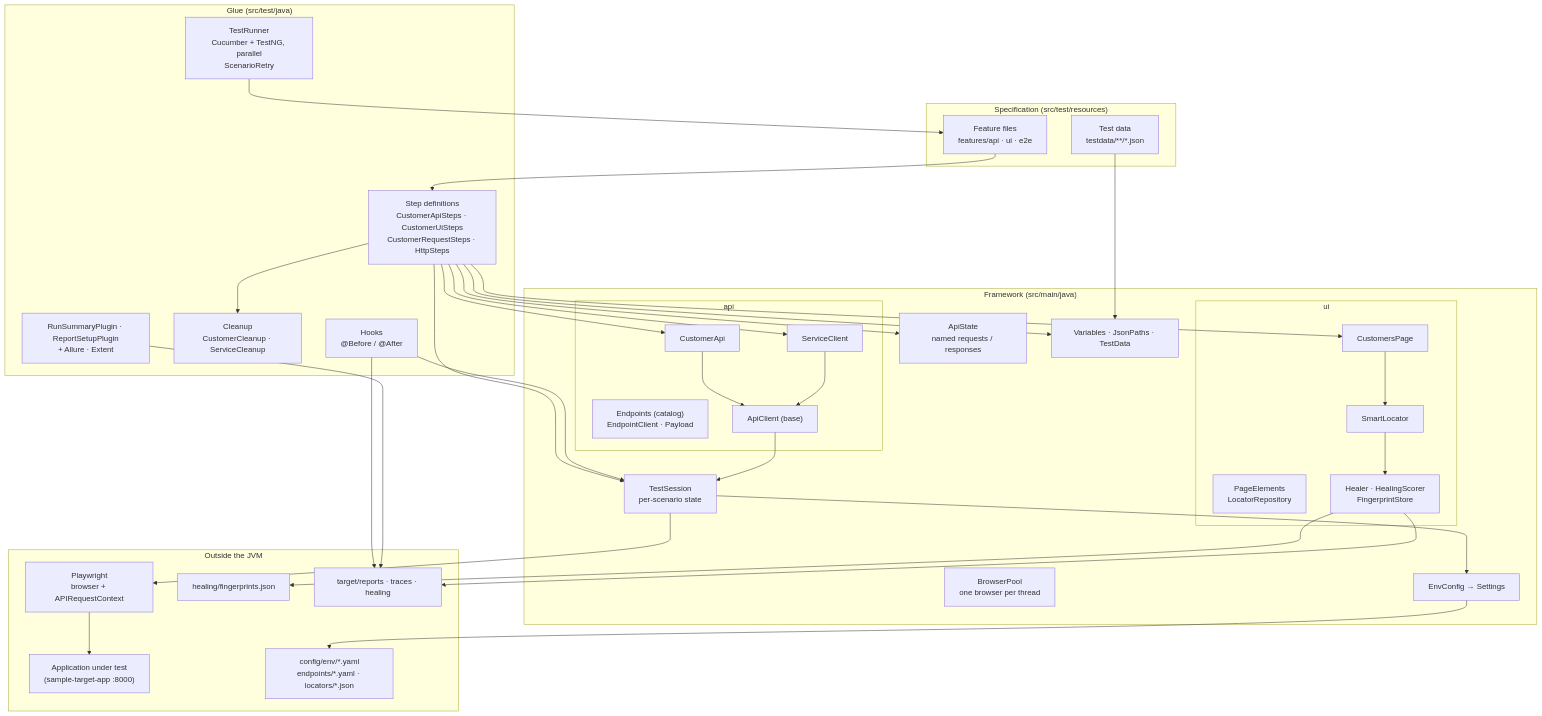
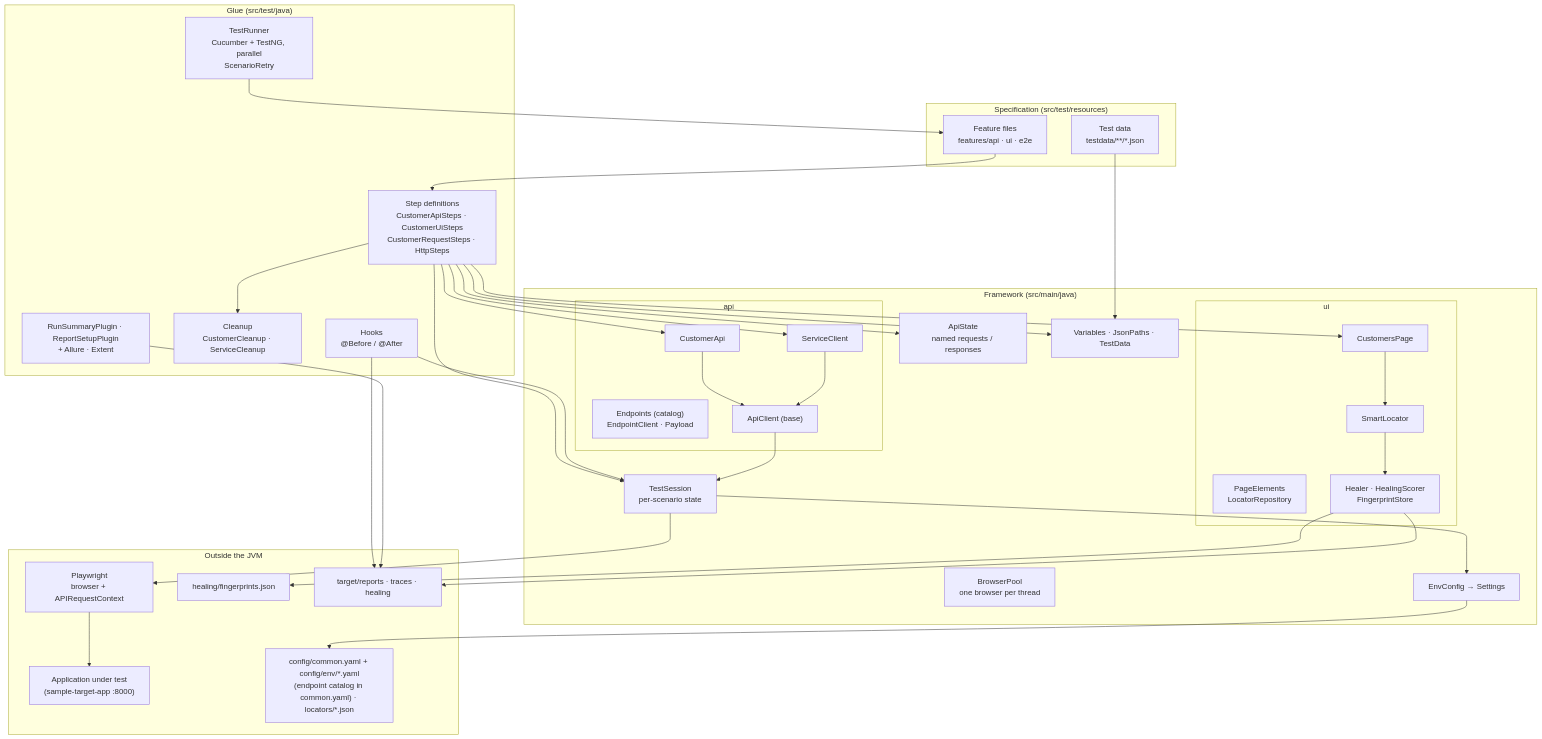
One commit to JayeshKumud/agentic-qa-java changed the first of 7 diagrams in docs/architecture.md. Above: the diagram before and after it, drawn with Mermaid. The commit also changed other lines of this file and 52 other files, not shown here.

````diff
--- a/docs/architecture.md
+++ b/docs/architecture.md
@@ -23,58 +23,58 @@
 ```mermaid
 flowchart TB
     subgraph Spec["Specification (src/test/resources)"]
         F["Feature files<br/>features/api · ui · e2e"]
         TD["Test data<br/>testdata/**/*.json"]
     end
 
     subgraph Glue["Glue (src/test/java)"]
         R["TestRunner<br/>Cucumber + TestNG, parallel<br/>ScenarioRetry"]
         H["Hooks<br/>@Before / @After"]
         ST["Step definitions<br/>CustomerApiSteps · CustomerUiSteps<br/>CustomerRequestSteps · HttpSteps"]
         CL["Cleanup<br/>CustomerCleanup · ServiceCleanup"]
         RP["RunSummaryPlugin · ReportSetupPlugin<br/>+ Allure · Extent"]
     end
 
     subgraph Core["Framework (src/main/java)"]
         S["TestSession<br/>per-scenario state"]
         BP["BrowserPool<br/>one browser per thread"]
         AS["ApiState<br/>named requests / responses"]
         V["Variables · JsonPaths · TestData"]
         subgraph API["api"]
             EP["Endpoints (catalog)<br/>EndpointClient · Payload"]
             AC["ApiClient (base)"]
             CA["CustomerApi"]
             SC["ServiceClient"]
         end
         subgraph UI["ui"]
             PO["CustomersPage"]
             LR["PageElements<br/>LocatorRepository"]
             SL["SmartLocator"]
             HE["Healer · HealingScorer<br/>FingerprintStore"]
         end
         CFG["EnvConfig → Settings"]
     end
 
     subgraph Ext["Outside the JVM"]
         PW["Playwright<br/>browser + APIRequestContext"]
         APP["Application under test<br/>(sample-target-app :8000)"]
-        YAML["config/env/*.yaml<br/>endpoints/*.yaml · locators/*.json"]
+        YAML["config/common.yaml + config/env/*.yaml<br/>(endpoint catalog in common.yaml) · locators/*.json"]
         FP["healing/fingerprints.json"]
         OUT["target/reports · traces · healing"]
     end
 
     R --> F
     F --> ST
     ST --> S & AS & V & CA & SC & PO
     ST --> CL
     TD --> V
     H --> S
     CA & SC --> AC --> S
     PO --> SL --> HE
     S --> PW --> APP
     S --> CFG --> YAML
     HE --> FP
     H --> OUT
     RP --> OUT
     HE --> OUT
 ```
````
